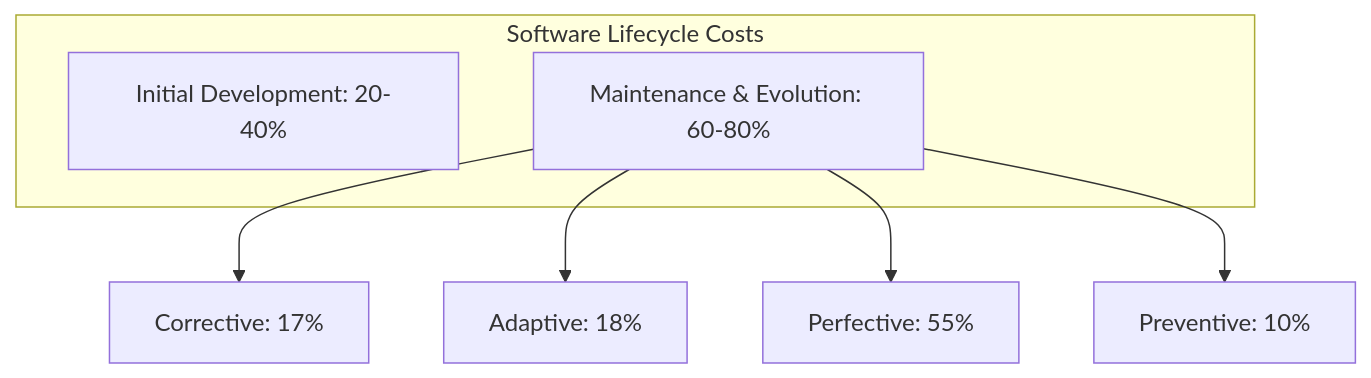
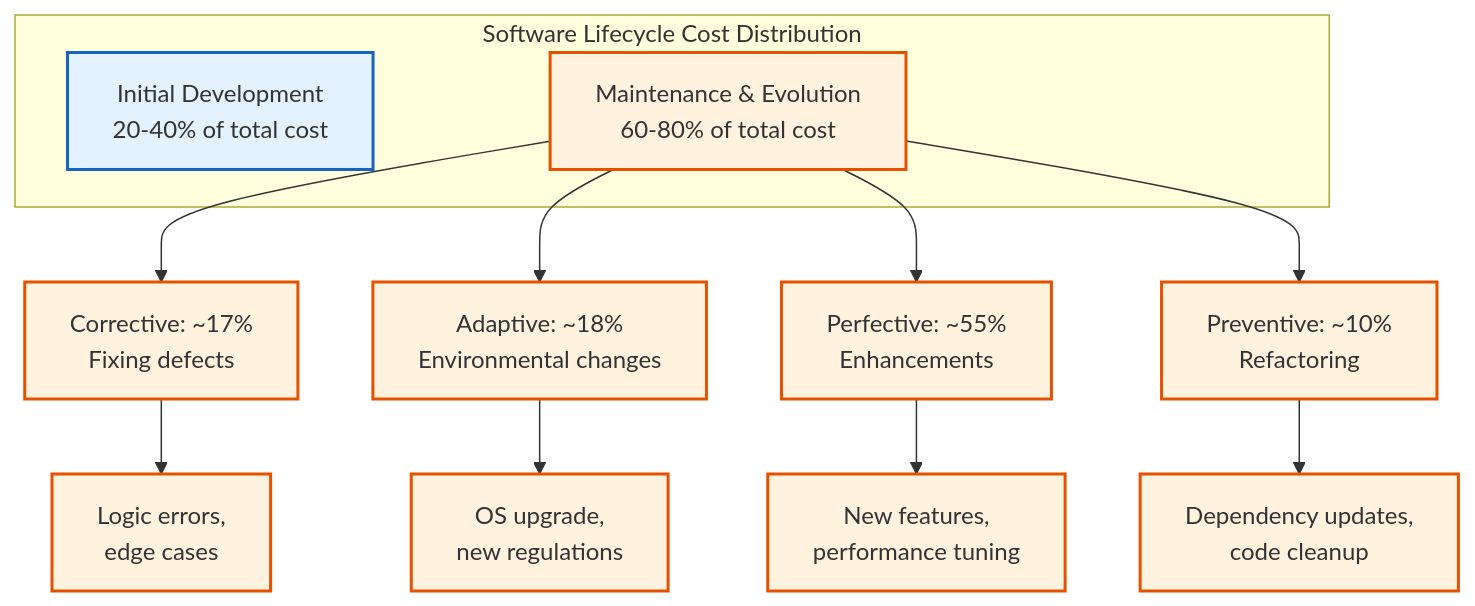
One commit to Raushan666java/ai-engineering-journey changed the first of 5 diagrams in docs/courses/software-engineering/07-software-evolution.md. Above: the diagram before and after it, drawn with Mermaid. The commit also changed other lines of this file and 15 other files, not shown here.

Commit message:
deploy: software-engineering overhaul - 16 chapters expanded to avg 1284L (+7649L), richer Mermaid, more TS, deeper content

````diff
--- a/docs/courses/software-engineering/07-software-evolution.md
+++ b/docs/courses/software-engineering/07-software-evolution.md
@@ -22,11 +25,20 @@
 ```mermaid
 graph TD
-    subgraph "Software Lifecycle Costs"
-        DEV[Initial Development: 20-40%]
-        MAINT[Maintenance & Evolution: 60-80%]
+    classDef dev fill:#e3f2fd,stroke:#1565c0,stroke-width:2px
+    classDef maint fill:#fff3e0,stroke:#e65100,stroke-width:2px
+
+    subgraph "Software Lifecycle Cost Distribution"
+        DEV[Initial Development<br>20-40% of total cost]:::dev
+        MAINT[Maintenance & Evolution<br>60-80% of total cost]:::maint
     end
-    MAINT --> COR[Corrective: 17%]
-    MAINT --> ADP[Adaptive: 18%]
-    MAINT --> PER[Perfective: 55%]
-    MAINT --> PRE[Preventive: 10%]
+    
+    MAINT --> COR[Corrective: ~17%<br>Fixing defects]:::maint
+    MAINT --> ADP[Adaptive: ~18%<br>Environmental changes]:::maint
+    MAINT --> PER[Perfective: ~55%<br>Enhancements]:::maint
+    MAINT --> PRE[Preventive: ~10%<br>Refactoring]:::maint
+    
+    COR --> EX1[Logic errors,<br>edge cases]:::maint
+    ADP --> EX2[OS upgrade,<br>new regulations]:::maint
+    PER --> EX3[New features,<br>performance tuning]:::maint
+    PRE --> EX4[Dependency updates,<br>code cleanup]:::maint
 ```
````
